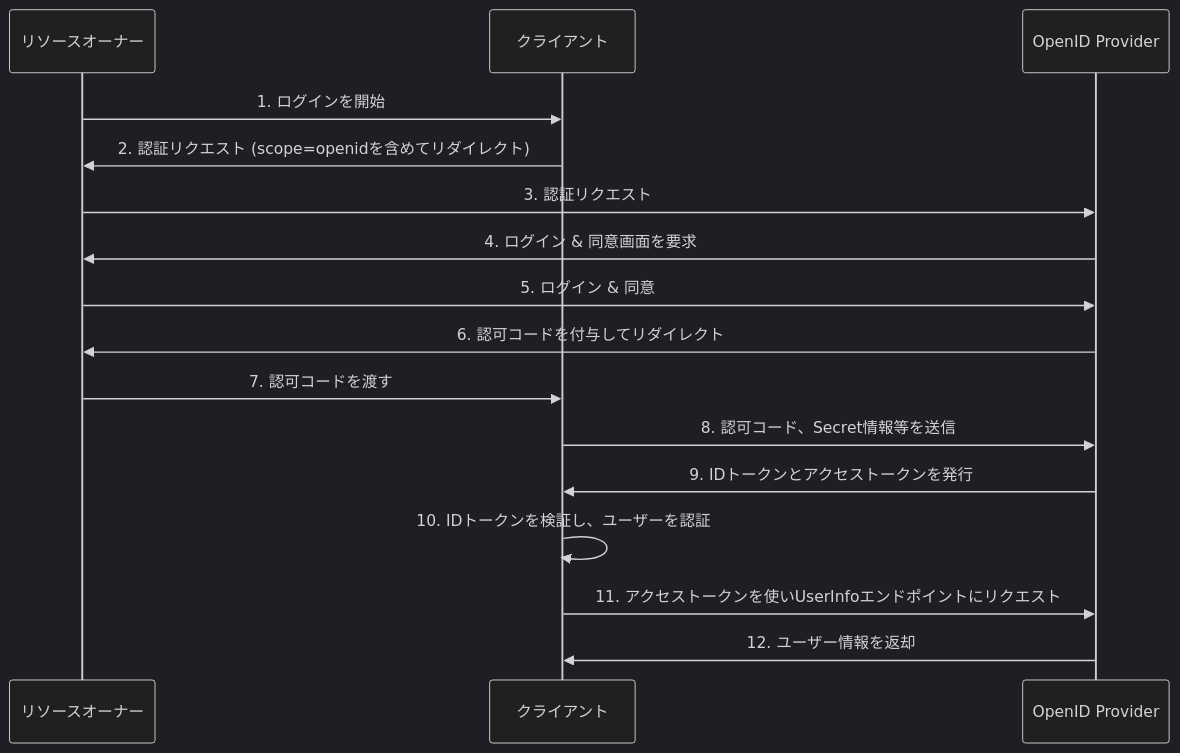
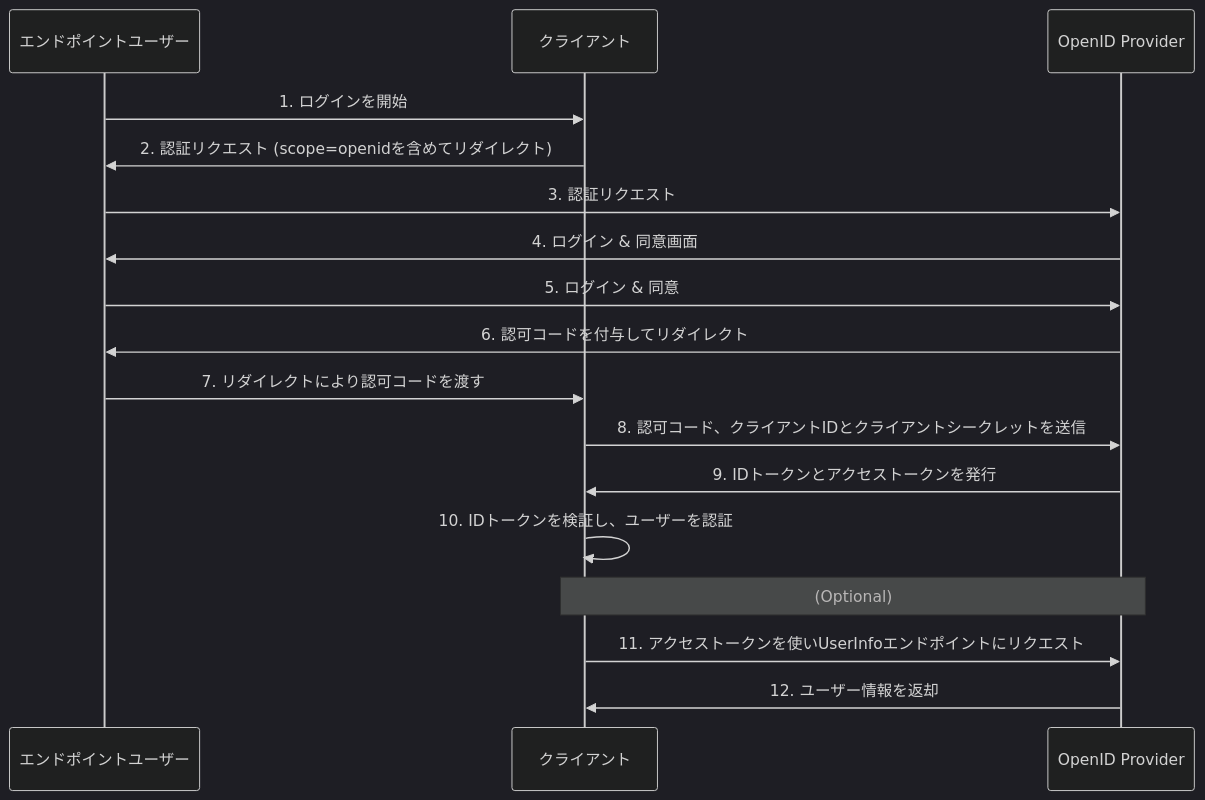
Before and after one commit to rikeda-cloud/po_study_group: the diagram in 2025-11-05-auth/oidc.md, drawn with Mermaid (dark theme). The commit also changed other lines of this file and 1 other file, not shown here.

````diff
--- a/2025-11-05-auth/oidc.md
+++ b/2025-11-05-auth/oidc.md
@@ -43,22 +49,23 @@
 ```mermaid
 sequenceDiagram
-    participant User as リソースオーナー
+    participant User as エンドポイントユーザー
     participant Client as クライアント
     participant OP as OpenID Provider
 
     User->>Client: 1. ログインを開始
     Client->>User: 2. 認証リクエスト (scope=openidを含めてリダイレクト)
     User->>OP: 3. 認証リクエスト
-    OP->>User: 4. ログイン & 同意画面を要求
+    OP->>User: 4. ログイン & 同意画面
     User->>OP: 5. ログイン & 同意
     OP->>User: 6. 認可コードを付与してリダイレクト
-    User->>Client: 7. 認可コードを渡す
+    User->>Client: 7. リダイレクトにより認可コードを渡す
 
-    Client->>OP: 8. 認可コード、Secret情報等を送信
+    Client->>OP: 8. 認可コード、クライアントIDとクライアントシークレットを送信
     OP->>Client: 9. IDトークンとアクセストークンを発行
 
     Client->>Client: 10. IDトークンを検証し、ユーザーを認証
 
+    Note over Client, OP: (Optional)
     Client->>OP: 11. アクセストークンを使いUserInfoエンドポイントにリクエスト
     OP->>Client: 12. ユーザー情報を返却
 ```
````
